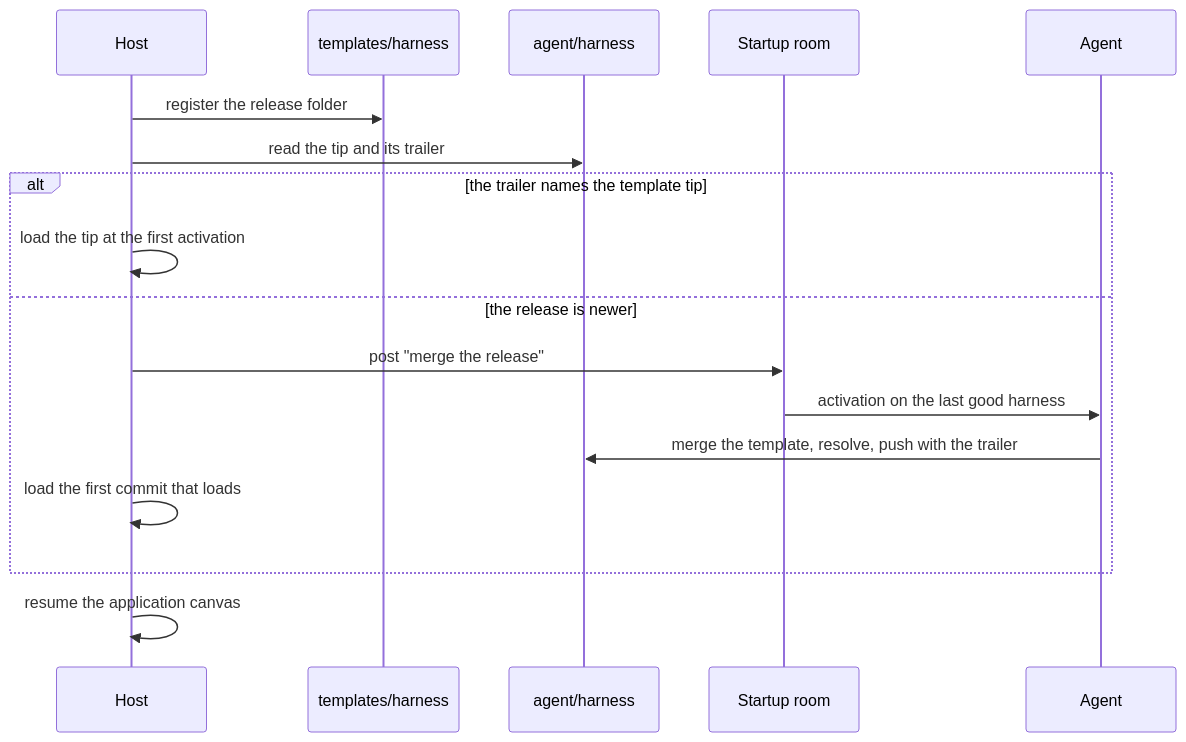
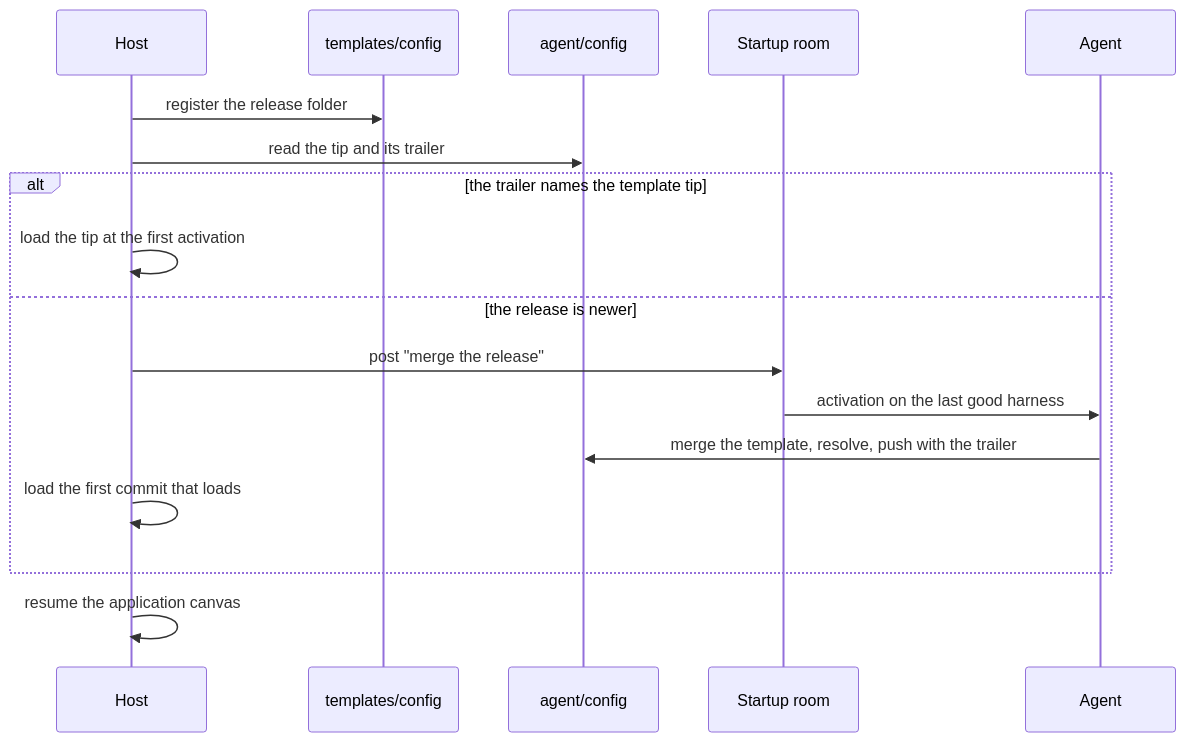
The second of 2 diagrams in docs/gitforeverything.md (ambionframework/ambion), drawn with Mermaid before and after one commit. The commit also changed other lines of this file, not shown here.

First line of the commit message:
Name the harness repository of each agent config

````diff
--- a/docs/gitforeverything.md
+++ b/docs/gitforeverything.md
@@ -170,19 +173,19 @@
 ```mermaid
 sequenceDiagram
   participant H as Host
-  participant T as templates/harness
-  participant F as agent/harness
+  participant T as templates/config
+  participant F as agent/config
   participant R as Startup room
   participant A as Agent
   H->>T: register the release folder
   H->>F: read the tip and its trailer
   alt the trailer names the template tip
     H->>H: load the tip at the first activation
   else the release is newer
     H->>R: post "merge the release"
     R->>A: activation on the last good harness
     A->>F: merge the template, resolve, push with the trailer
     H->>H: load the first commit that loads
   end
   H->>H: resume the application canvas
 ```
````
